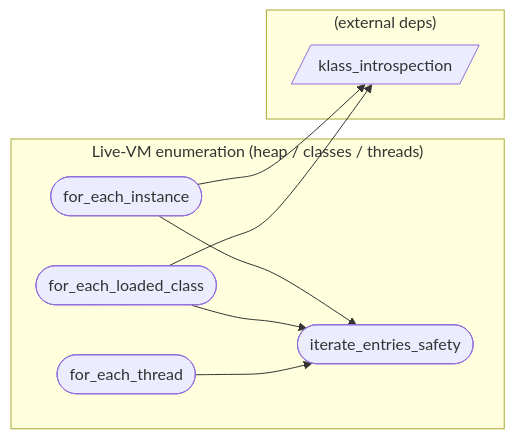
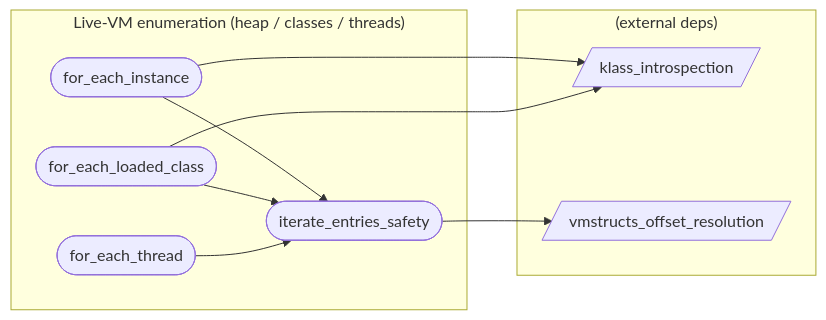
Before and after one commit to xxxnpno/VMHook: the diagram in audit/graph/categories/enumeration.md, drawn with Mermaid. The commit also changed other lines of this file and 169 other files, not shown here.

````diff
--- a/audit/graph/categories/enumeration.md
+++ b/audit/graph/categories/enumeration.md
@@ -21,17 +21,19 @@
 ```mermaid
 flowchart LR
   subgraph enumeration["Live-VM enumeration (heap / classes / threads)"]
     for_each_instance([for_each_instance])
     for_each_loaded_class([for_each_loaded_class])
     for_each_thread([for_each_thread])
     iterate_entries_safety([iterate_entries_safety])
   end
   subgraph external["(external deps)"]
     klass_introspection[/klass_introspection/]
+    vmstructs_offset_resolution[/vmstructs_offset_resolution/]
   end
   for_each_instance --> klass_introspection
   for_each_instance --> iterate_entries_safety
   for_each_loaded_class --> iterate_entries_safety
   for_each_loaded_class --> klass_introspection
   for_each_thread --> iterate_entries_safety
+  iterate_entries_safety --> vmstructs_offset_resolution
 ```
````
